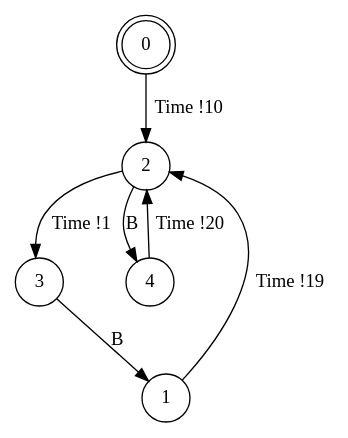
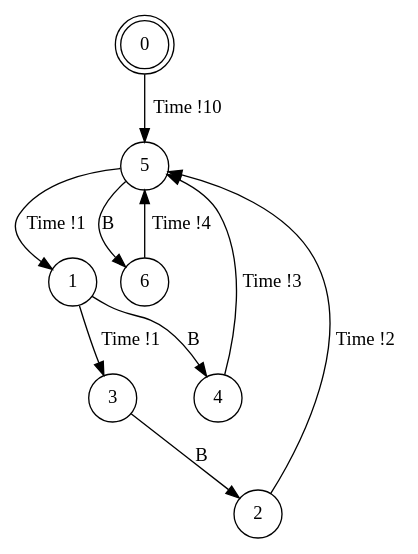
One commit to irmanfaqrizal/ptsv changed the diagram in experiments/example/simple-B-min.dot. Above: the diagram before and after it, drawn with Graphviz. The commit also changed 126 other files, not shown here.

```diff
--- a/experiments/example/simple-B-min.dot
+++ b/experiments/example/simple-B-min.dot
@@ -1,12 +1,15 @@
 digraph BCG {
 size = "7, 10.5";
 center = TRUE;
 node [shape = circle];
 0 [peripheries = 2];
-0 -> 2 [label = "Time !10"];
-1 -> 2 [label = "Time !19"];
-2 -> 3 [label = "Time !1"];
-2 -> 4 [label = "B"];
-3 -> 1 [label = "B"];
-4 -> 2 [label = "Time !20"];
+0 -> 5 [label = "Time !10"];
+1 -> 3 [label = "Time !1"];
+1 -> 4 [label = "B"];
+2 -> 5 [label = "Time !2"];
+3 -> 2 [label = "B"];
+4 -> 5 [label = "Time !3"];
+5 -> 6 [label = "B"];
+5 -> 1 [label = "Time !1"];
+6 -> 5 [label = "Time !4"];
 }
```
